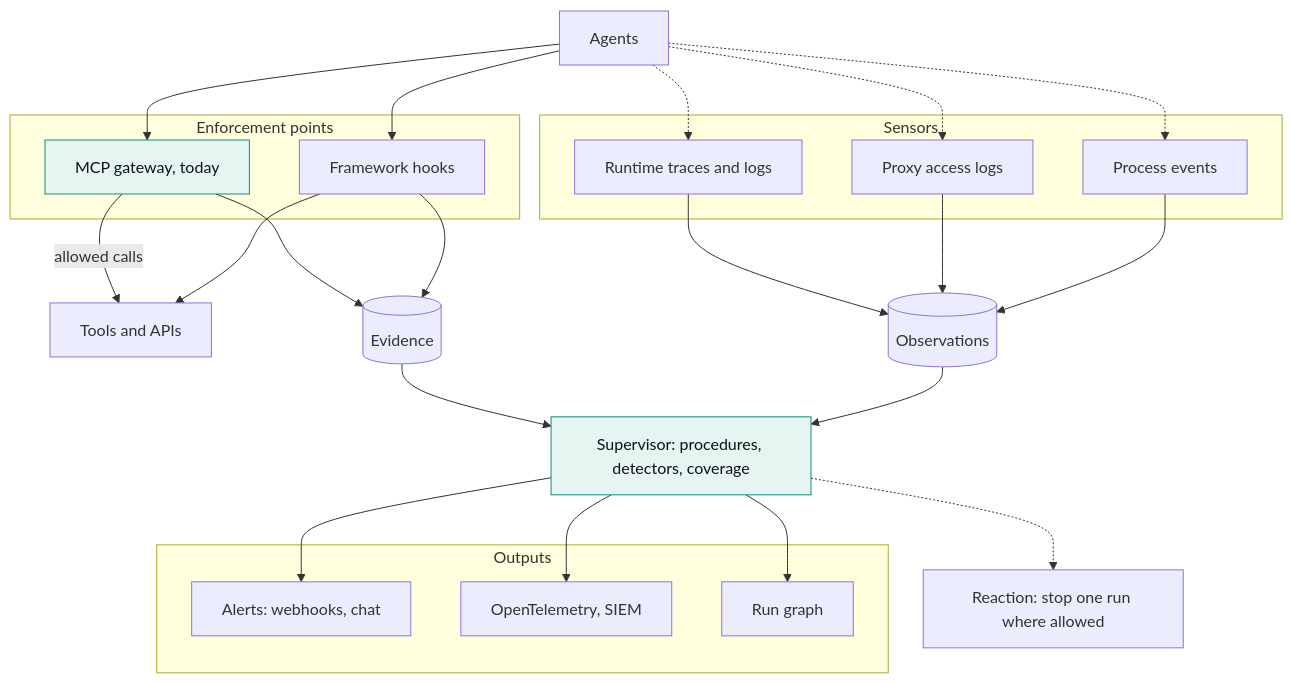
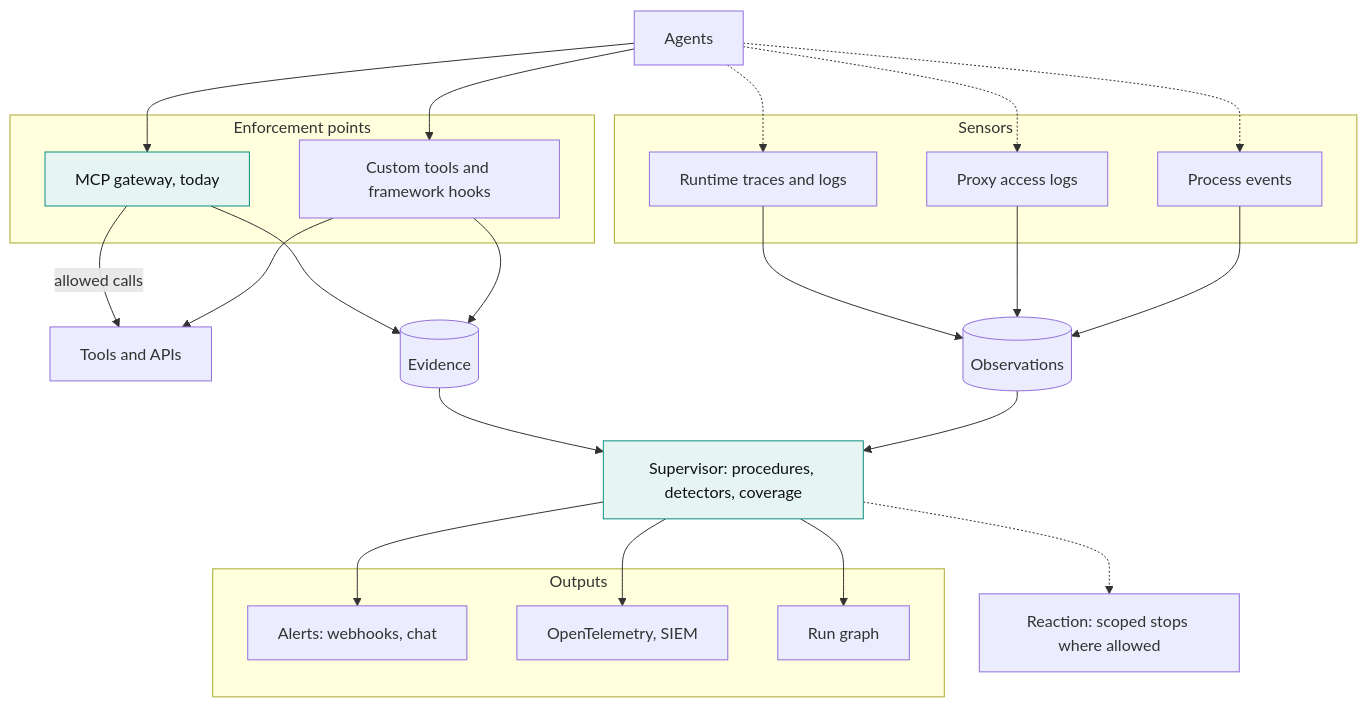
Before and after one commit to RBKunnela/control: the second of 3 diagrams in README.md, drawn with Mermaid. The commit also changed other lines of this file and 126 other files, not shown here.

First line of the commit message:
docs: describe connected observation and reaction toward 1.0

````diff
--- a/README.md
+++ b/README.md
@@ -106,45 +109,45 @@
 ```mermaid
 flowchart TB
-    accTitle: Where Guardana Control is going
-    accDescr: Agents act through enforcement points, the MCP gateway today and framework hooks through an enforcement API later, which decide each call before it runs and record evidence. Sensors bring in what runtimes, proxies and processes report after the fact. A supervisor compares the evidence and the observations with procedures and permissions, maps which paths it covers, and raises findings. Findings go out as alerts, to OpenTelemetry and a SIEM, and to a run graph. Where the operator allowed it, a reaction stops one run at the enforcement points.
+    accTitle: The connected-channel target for 1.0
+    accDescr: The planned 1.0 target connects tools through the MCP gateway and cooperating clients over an enforcement API, and observations from runtimes, proxies and processes. A supervisor checks procedures and raises findings. Notifiers report them; scoped reactions stop later calls only at connected enforcement points. Coverage and missing observations remain explicit.
     AG[Agents]
     subgraph EP[Enforcement points]
         MCP["MCP gateway, today"]
-        HK[Framework hooks]
+        HK[Custom tools and framework hooks]
     end
     subgraph SN[Sensors]
         TR[Runtime traces and logs]
         PX[Proxy access logs]
         PR[Process events]
     end
     TL[Tools and APIs]
     EV[(Evidence)]
     OB[(Observations)]
     SV["Supervisor: procedures, detectors, coverage"]
     subgraph OUT[Outputs]
         AL["Alerts: webhooks, chat"]
         EX["OpenTelemetry, SIEM"]
         GR[Run graph]
     end
-    RE["Reaction: stop one run where allowed"]
+    RE["Reaction: scoped stops where allowed"]
     AG --> MCP
     AG --> HK
     MCP -->|allowed calls| TL
     HK --> TL
     AG -.-> TR
     AG -.-> PX
     AG -.-> PR
     MCP --> EV
     HK --> EV
     TR --> OB
     PX --> OB
     PR --> OB
     EV --> SV
     OB --> SV
     SV --> AL
     SV --> EX
     SV --> GR
     SV -.-> RE
     classDef accent fill:#E6F4F2,stroke:#0B8F80,color:#0F1115
     class MCP,SV accent
 ```
````
